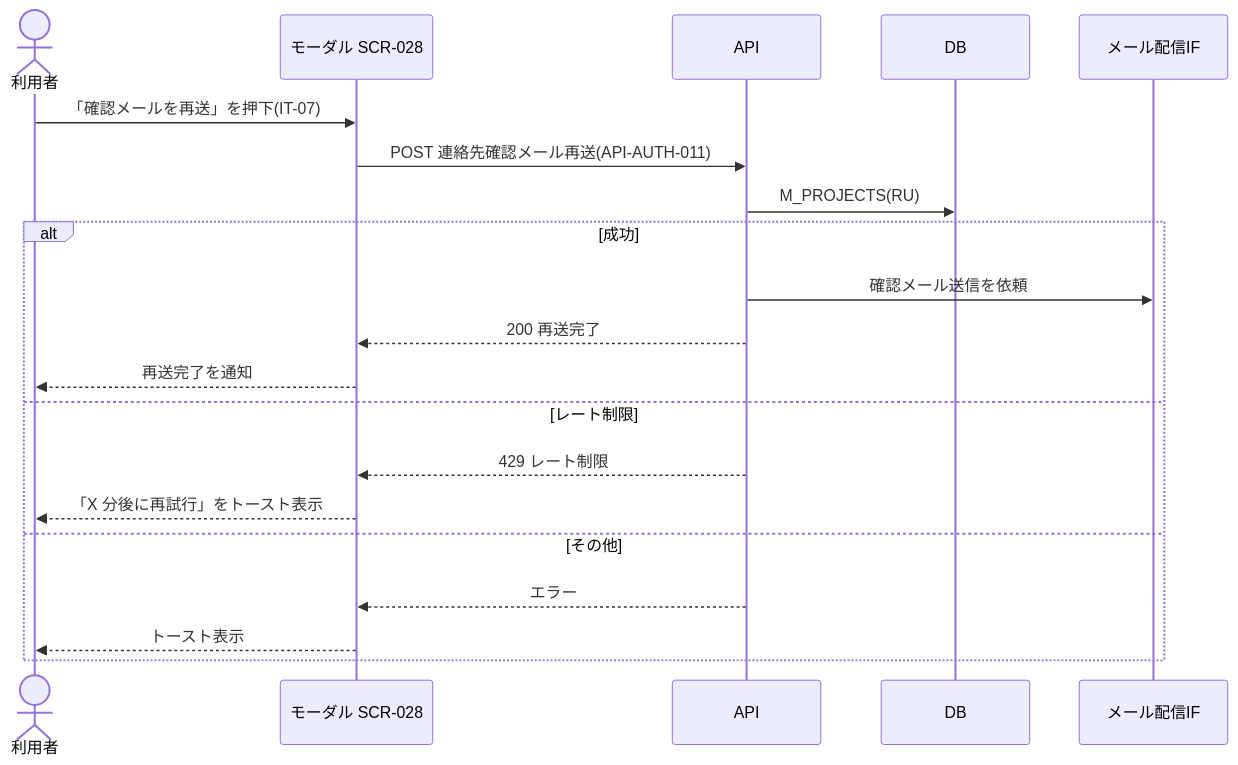
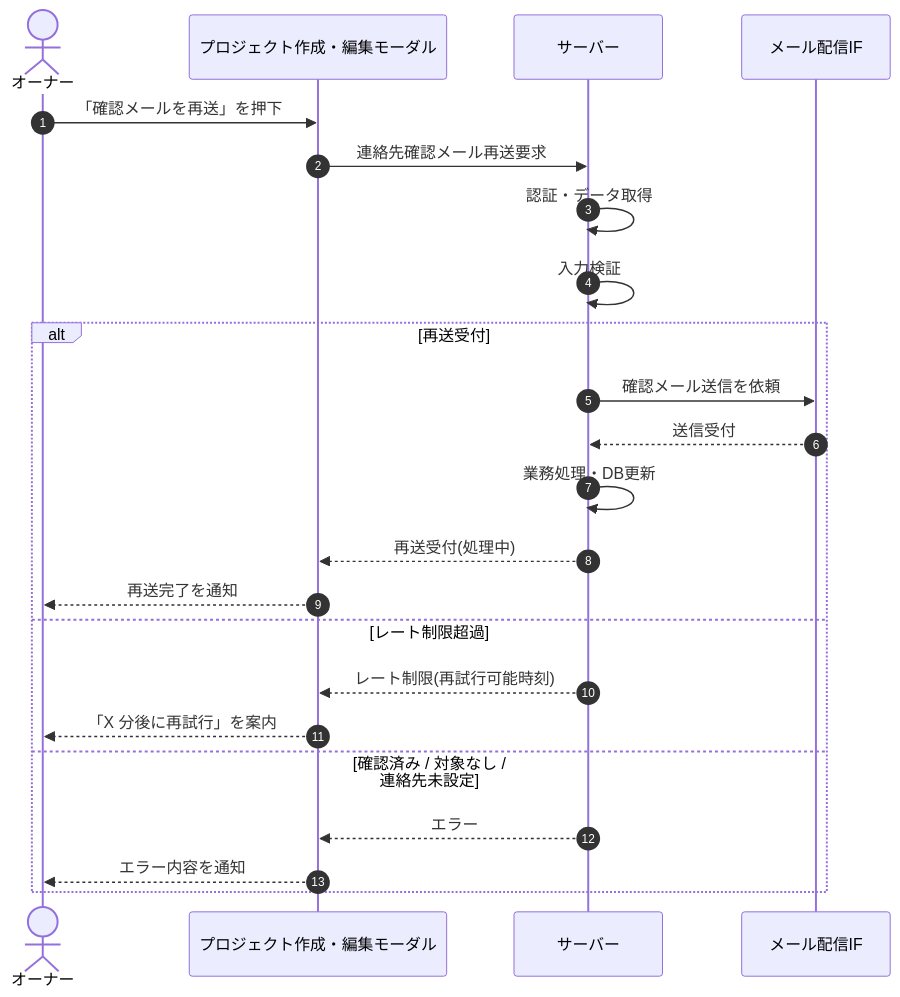
Before and after one commit to sikakou54/open-faq: the diagram in 02_basic_design/05_sequences/SEQ-013.md, drawn with Mermaid. The commit also changed other lines of this file and 108 other files, not shown here.

First line of the commit message:
基本設計: シーケンス図を基本設計粒度(ユーザー/画面/サーバー)へ再編成

````diff
--- a/02_basic_design/05_sequences/SEQ-013.md
+++ b/02_basic_design/05_sequences/SEQ-013.md
@@ -25,22 +32,25 @@
 ```mermaid
 sequenceDiagram
-  actor U as 利用者
-  participant S as モーダル SCR-028
-  participant API as API
-  participant DB as DB
-  participant M as メール配信IF
-  U->>S: 「確認メールを再送」を押下(IT-07)
-  S->>API: POST 連絡先確認メール再送(API-AUTH-011)
-  API->>DB: M_PROJECTS(RU)
-  alt 成功
-    API->>M: 確認メール送信を依頼
-    API-->>S: 200 再送完了
-    S-->>U: 再送完了を通知
-  else レート制限
-    API-->>S: 429 レート制限
-    S-->>U: 「X 分後に再試行」をトースト表示
-  else その他
-    API-->>S: エラー
-    S-->>U: トースト表示
+  autonumber
+  actor U as オーナー
+  participant Screen as プロジェクト作成・編集モーダル
+  participant Server as サーバー
+  participant MAIL as メール配信IF
+  U->>Screen: 「確認メールを再送」を押下
+  Screen->>Server: 連絡先確認メール再送要求
+  Server->>Server: 認証・データ取得
+  Server->>Server: 入力検証
+  alt 再送受付
+    Server->>MAIL: 確認メール送信を依頼
+    MAIL-->>Server: 送信受付
+    Server->>Server: 業務処理・DB更新
+    Server-->>Screen: 再送受付(処理中)
+    Screen-->>U: 再送完了を通知
+  else レート制限超過
+    Server-->>Screen: レート制限(再試行可能時刻)
+    Screen-->>U: 「X 分後に再試行」を案内
+  else 確認済み / 対象なし / 連絡先未設定
+    Server-->>Screen: エラー
+    Screen-->>U: エラー内容を通知
   end
 ```
````
